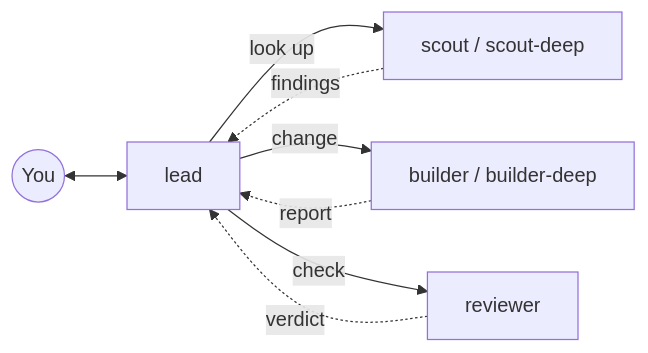
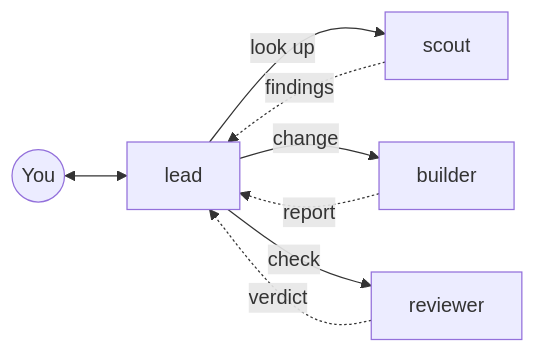
The diagram in README.md (ecmwf/ecmwf-multi-agents), drawn with Mermaid before and after one commit. The commit also changed other lines of this file and 118 other files, not shown here.

````diff
--- a/README.md
+++ b/README.md
@@ -32,10 +32,10 @@
 ```mermaid
 flowchart LR
   U((You)) <--> L[lead]
-  L -->|look up| S[scout / scout-deep]
-  L -->|change| B[builder / builder-deep]
+  L -->|look up| S[scout]
+  L -->|change| B[builder]
   L -->|check| R[reviewer]
   S -.->|findings| L
   B -.->|report| L
   R -.->|verdict| L
 ```
````
